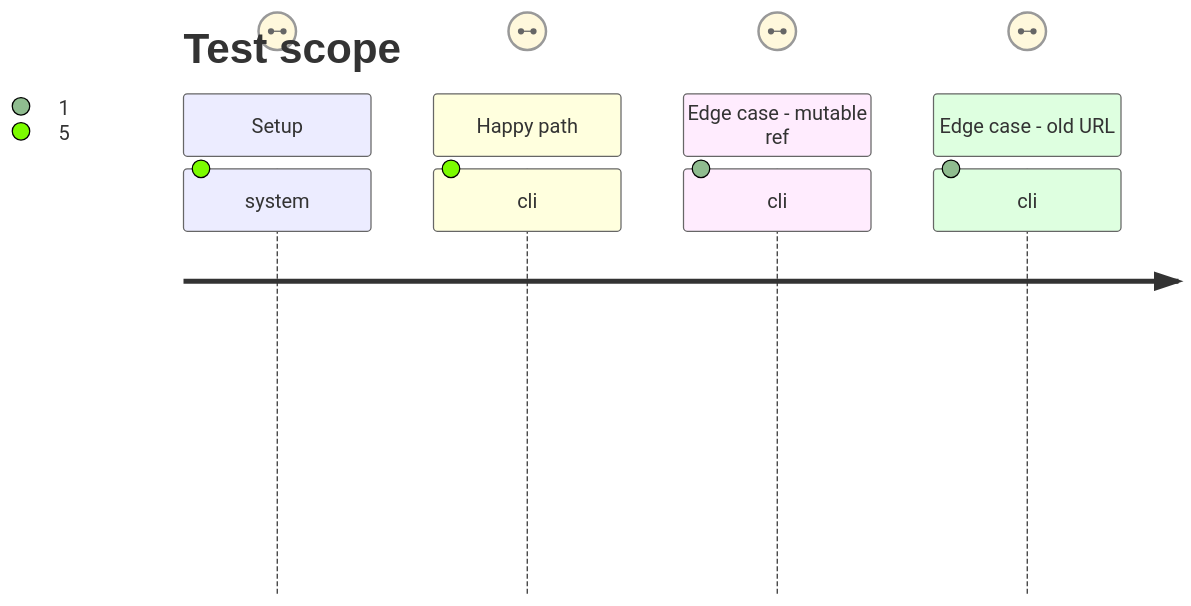
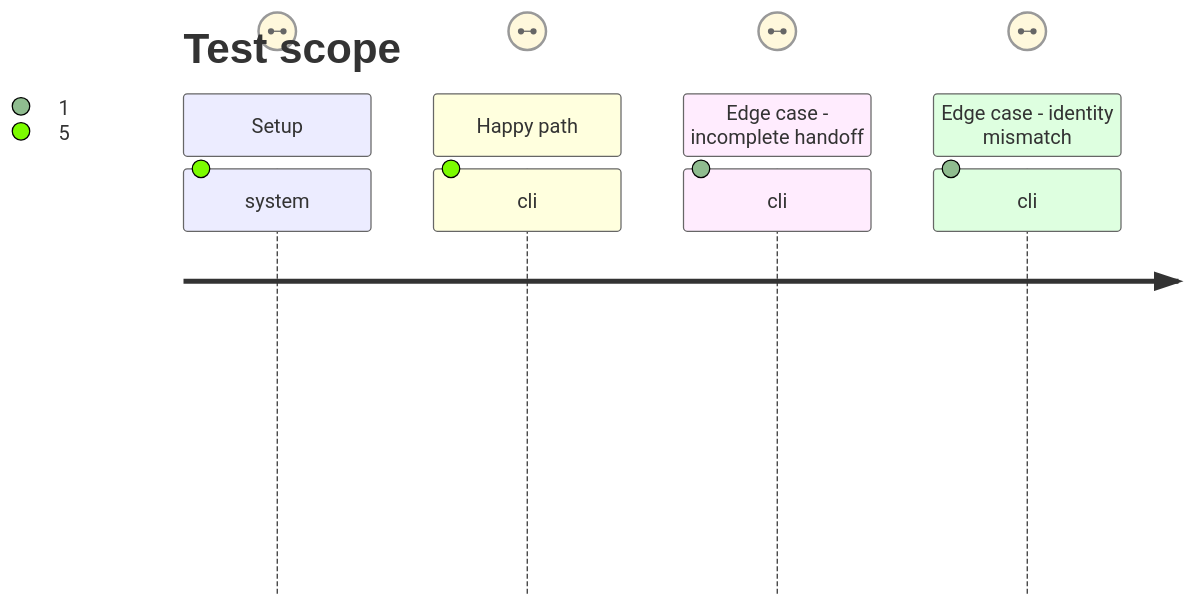
One commit to RebelliousSmile/schema-adrenaline changed the second of 2 diagrams in aidd_docs/tasks/2026_09/2026_09_27_canonical-final-convergence/phase-3.md. Above: the diagram before and after it, drawn with Mermaid. The commit also changed other lines of this file and 6 other files, not shown here.

Commit message:
feat(release): add provider final convergence gate

````diff
--- a/aidd_docs/tasks/2026_09/2026_09_27_canonical-final-convergence/phase-3.md
+++ b/aidd_docs/tasks/2026_09/2026_09_27_canonical-final-convergence/phase-3.md
@@ -35,14 +29,14 @@
 ```mermaid
 ---
 title: Test scope
 ---
 journey
   section Setup
-    system: supply final record with provider tag and both full consumer SHAs => immutable inputs available: 5: cli
+    system: both consumer owners provide full commits on their main histories => immutable external inputs available: 5: cli
   section Happy path
-    cli: dispatch final convergence gate => final archive and both lockfile journeys pass with evidence naming exact commits: 5: cli
-  section Edge case - mutable ref
-    cli: replace a SHA with a branch or tag => gate rejects input before checkout: 1: cli
-  section Edge case - old URL
-    cli: point one consumer at RC archive => gate refuses convergence: 1: cli
+    cli: commit final record and dispatch provider gate => final archive and both consumer proofs pass with exact commits: 5: cli
+  section Edge case - incomplete handoff
+    cli: one consumer remains on RC URL or lacks a final proof => gate fails and final record is not accepted: 1: cli
+  section Edge case - identity mismatch
+    cli: change a consumer SHA or artifact SRI => gate fails with the mismatch: 1: cli
 ```
````
